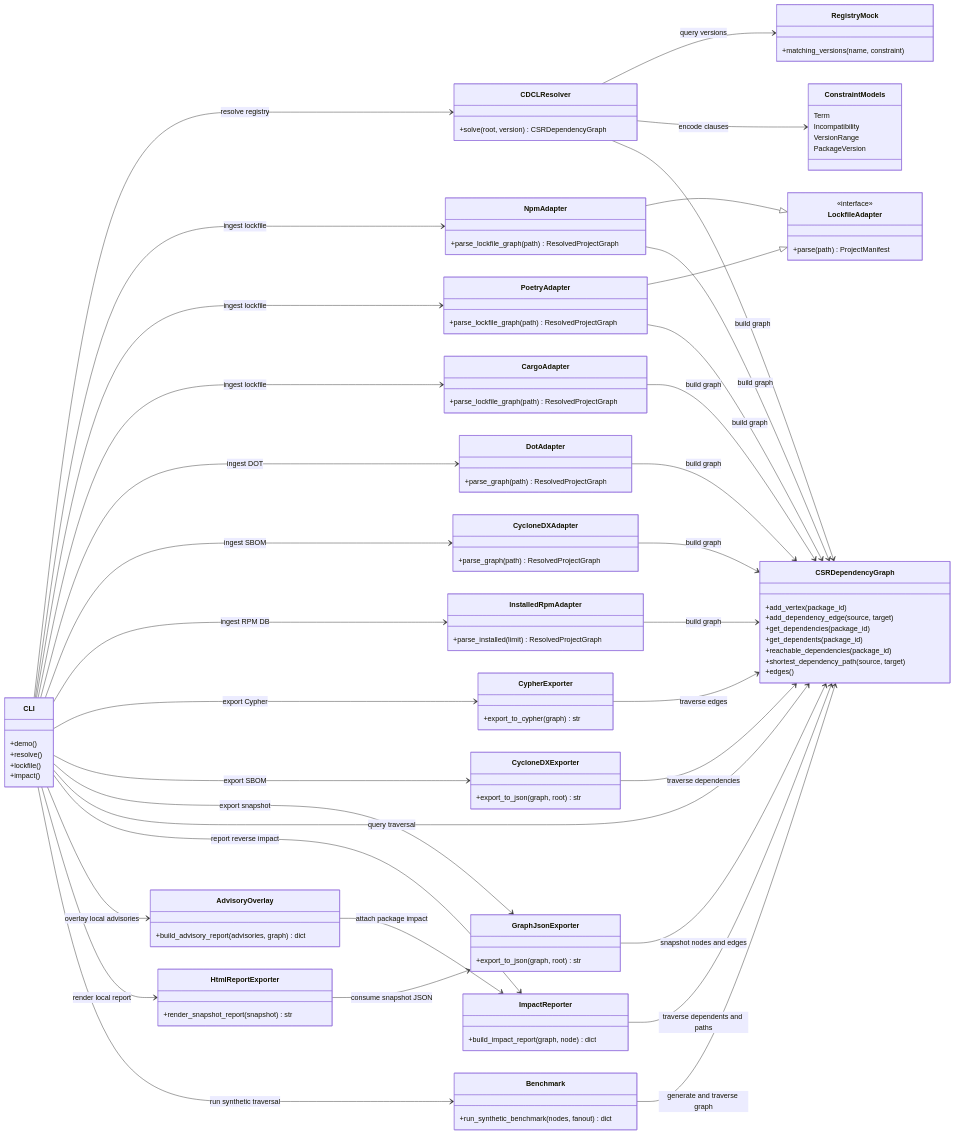
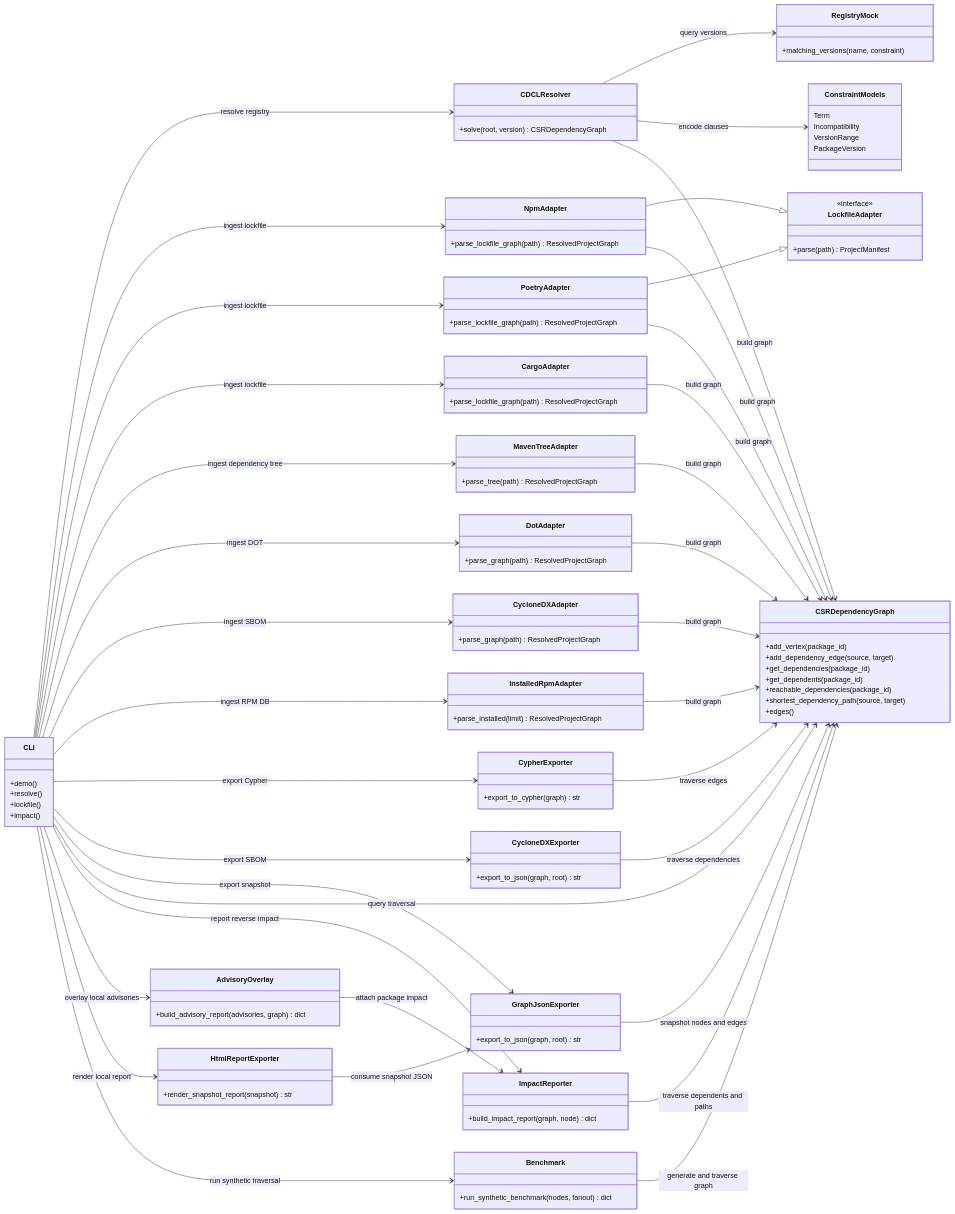
Before and after one commit to xsub/EnterpriseLinux-SoftwareSupplyChain: the first of 2 diagrams in README.md, drawn with Mermaid. The commit also changed other lines of this file and 10 other files, not shown here.

Commit message:
Add Maven dependency tree ingestion

```diff
--- a/README.md
+++ b/README.md
@@ -164,6 +172,9 @@
 }
 class CargoAdapter {
   +parse_lockfile_graph(path) ResolvedProjectGraph
+}
+class MavenTreeAdapter {
+  +parse_tree(path) ResolvedProjectGraph
 }
 class DotAdapter {
   +parse_graph(path) ResolvedProjectGraph
@@ -220,6 +231,7 @@
 CLI --> NpmAdapter : ingest lockfile
 CLI --> PoetryAdapter : ingest lockfile
 CLI --> CargoAdapter : ingest lockfile
+CLI --> MavenTreeAdapter : ingest dependency tree
 CLI --> DotAdapter : ingest DOT
 CLI --> CycloneDXAdapter : ingest SBOM
 CLI --> InstalledRpmAdapter : ingest RPM DB
@@ -231,6 +243,7 @@
 NpmAdapter --> CSRDependencyGraph : build graph
 PoetryAdapter --> CSRDependencyGraph : build graph
 CargoAdapter --> CSRDependencyGraph : build graph
+MavenTreeAdapter --> CSRDependencyGraph : build graph
 DotAdapter --> CSRDependencyGraph : build graph
 CycloneDXAdapter --> CSRDependencyGraph : build graph
 InstalledRpmAdapter --> CSRDependencyGraph : build graph
```
